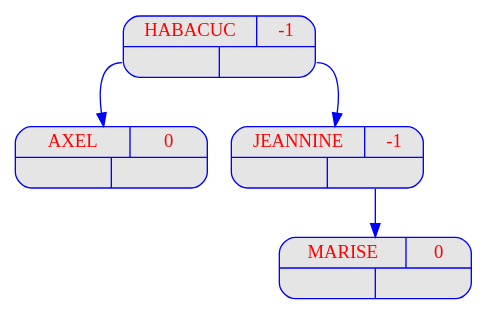
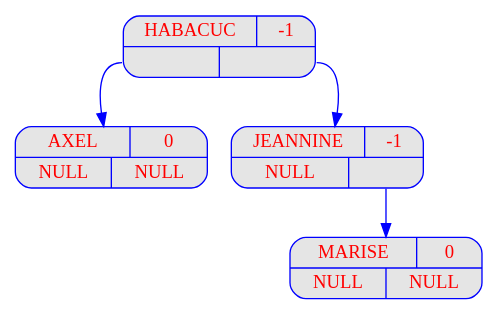
The diagram in programme1/output/dot/_v03.dot (benech17/AVL-trees), drawn with Graphviz before and after one commit. The commit also changed 22 other files, not shown here.

```diff
--- a/programme1/output/dot/_v03.dot
+++ b/programme1/output/dot/_v03.dot
@@ -1,47 +1,47 @@
 digraph  {
 	node [
 		fontname  = "Arial bold" 
 		fontsize  = "14"
 		fontcolor = "red"
 		style     = "rounded, filled"
 		shape     = "record"
 		fillcolor = "grey90"
 		color     = "blue"
 		width     = "2"
 	]
 
 	edge [
 		color     = "blue"
 	]
 
-	"HABACUC
-" [label = "{{<c> HABACUC
- | <b> -1} | { <g> | <d>}}"];
-	"HABACUC
-":g -> "AXEL
-";
-	"AXEL
-" [label = "{{<c> AXEL
- | <b> 0} | { <g> | <d>}}"];
-	"AXEL
-" [label = "{{<c> AXEL
- | <b> 0} | { <g> | <d>}}"];
-	"HABACUC
-":d -> "JEANNINE
-";
-	"JEANNINE
-" [label = "{{<c> JEANNINE
- | <b> -1} | { <g> | <d>}}"];
-	"JEANNINE
-" [label = "{{<c> JEANNINE
- | <b> -1} | { <g> | <d>}}"];
-	"JEANNINE
-":d -> "MARISE
-";
-	"MARISE
-" [label = "{{<c> MARISE
- | <b> 0} | { <g> | <d>}}"];
-	"MARISE
-" [label = "{{<c> MARISE
- | <b> 0} | { <g> | <d>}}"];
+	HABACUC
+ [label = "{{<c> HABACUC
+ | <b> -1}| { <g> | <d>}}"];
+	HABACUC
+:g -> AXEL
+;
+	AXEL
+ [label = "{{<c> AXEL
+ | <b> 0}| { <g> | <d>}}"];
+	AXEL
+ [label = "{{<c> AXEL
+ | <b> 0}| { <g> NULL | <d> NULL}}"];
+	HABACUC
+:d -> JEANNINE
+;
+	JEANNINE
+ [label = "{{<c> JEANNINE
+ | <b> -1}| { <g> | <d>}}"];
+	JEANNINE
+ [label = "{{<c> JEANNINE
+ | <b> -1}| { <g> NULL | <d> }}"];
+	JEANNINE
+:d -> MARISE
+;
+	MARISE
+ [label = "{{<c> MARISE
+ | <b> 0}| { <g> | <d>}}"];
+	MARISE
+ [label = "{{<c> MARISE
+ | <b> 0}| { <g> NULL | <d> NULL}}"];
 }
```
